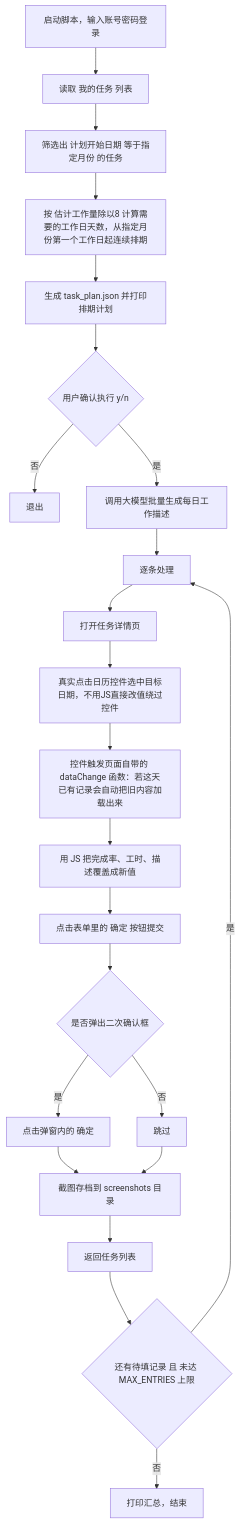
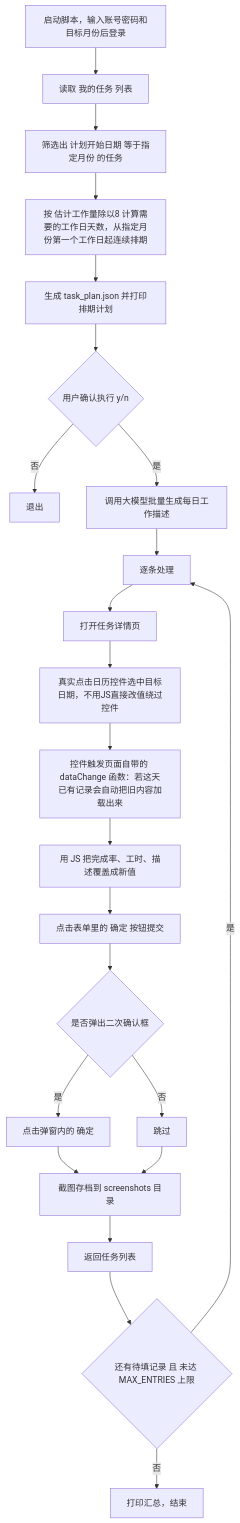
One commit to ChendongPang/rdm-report-bot changed the diagram in README.md. Above: the diagram before and after it, drawn with Mermaid. The commit also changed other lines of this file, not shown here.

````diff
--- a/README.md
+++ b/README.md
@@ -88,25 +95,25 @@
 ```mermaid
 flowchart TD
-    A[启动脚本，输入账号密码登录] --> B[读取 我的任务 列表]
+    A[启动脚本，输入账号密码和目标月份后登录] --> B[读取 我的任务 列表]
     B --> C[筛选出 计划开始日期 等于指定月份 的任务]
     C --> D[按 估计工作量除以8 计算需要的工作日天数，从指定月份第一个工作日起连续排期]
     D --> E[生成 task_plan.json 并打印排期计划]
     E --> F{用户确认执行 y/n}
     F -- 否 --> Z[退出]
     F -- 是 --> G[调用大模型批量生成每日工作描述]
     G --> H[逐条处理]
     H --> I[打开任务详情页]
     I --> J[真实点击日历控件选中目标日期，不用JS直接改值绕过控件]
     J --> K[控件触发页面自带的 dataChange 函数：若这天已有记录会自动把旧内容加载出来]
     K --> L[用 JS 把完成率、工时、描述覆盖成新值]
     L --> M[点击表单里的 确定 按钮提交]
     M --> N{是否弹出二次确认框}
     N -- 是 --> O[点击弹窗内的 确定]
     N -- 否 --> P[跳过]
     O --> Q[截图存档到 screenshots 目录]
     P --> Q
     Q --> R[返回任务列表]
     R --> S{还有待填记录 且 未达 MAX_ENTRIES 上限}
     S -- 是 --> H
     S -- 否 --> T[打印汇总，结束]
 ```
````
